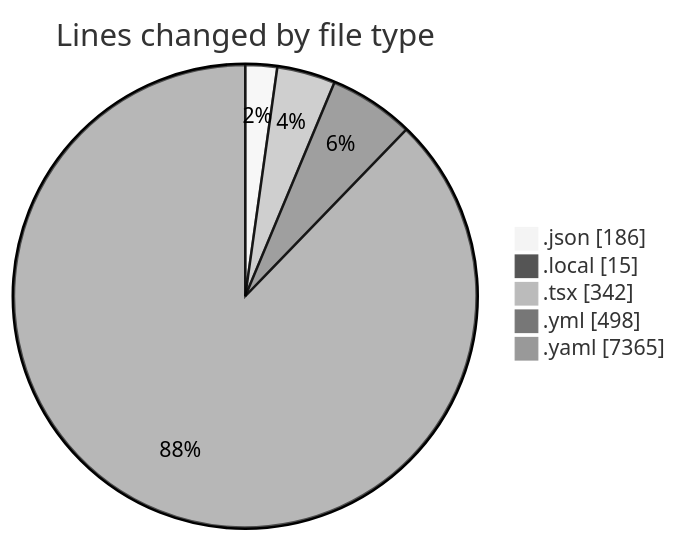
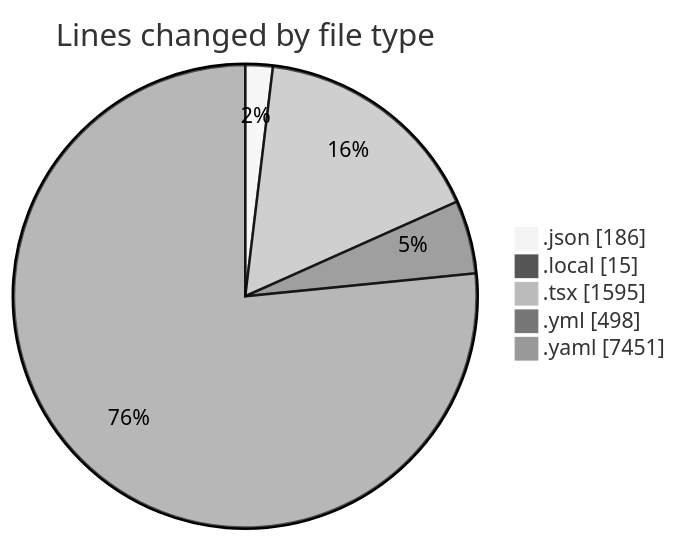
The first of 2 diagrams in 2025-11-05/eventscop-frontend-guide__workspace_/README.md (julien-gomy/code-tracking), drawn with Mermaid (neutral theme) before and after one commit. The commit also changed other lines of this file and 1 other file, not shown here.

````diff
--- a/2025-11-05/eventscop-frontend-guide__workspace_/README.md
+++ b/2025-11-05/eventscop-frontend-guide__workspace_/README.md
@@ -25,9 +33,9 @@
 ```mermaid
 pie showData
 title Lines changed by file type
 ".json" : 186
 ".local" : 15
-".tsx" : 342
+".tsx" : 1595
 ".yml" : 498
-".yaml" : 7365
+".yaml" : 7451
 ```
````
